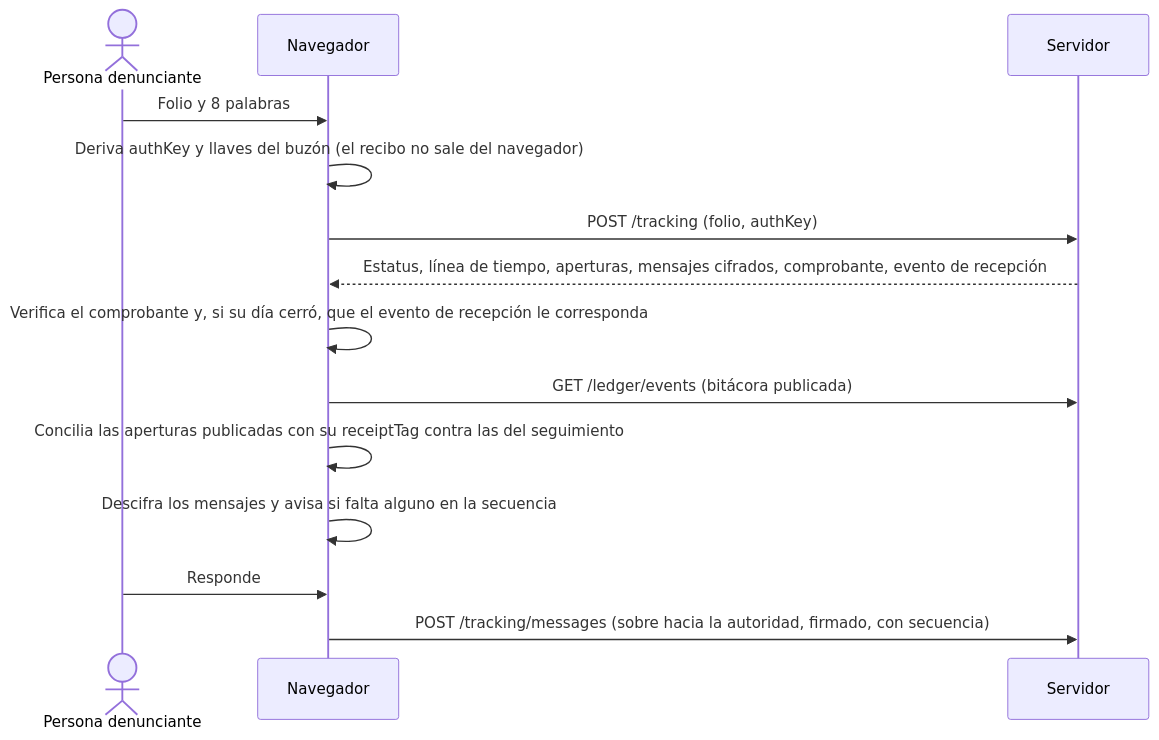
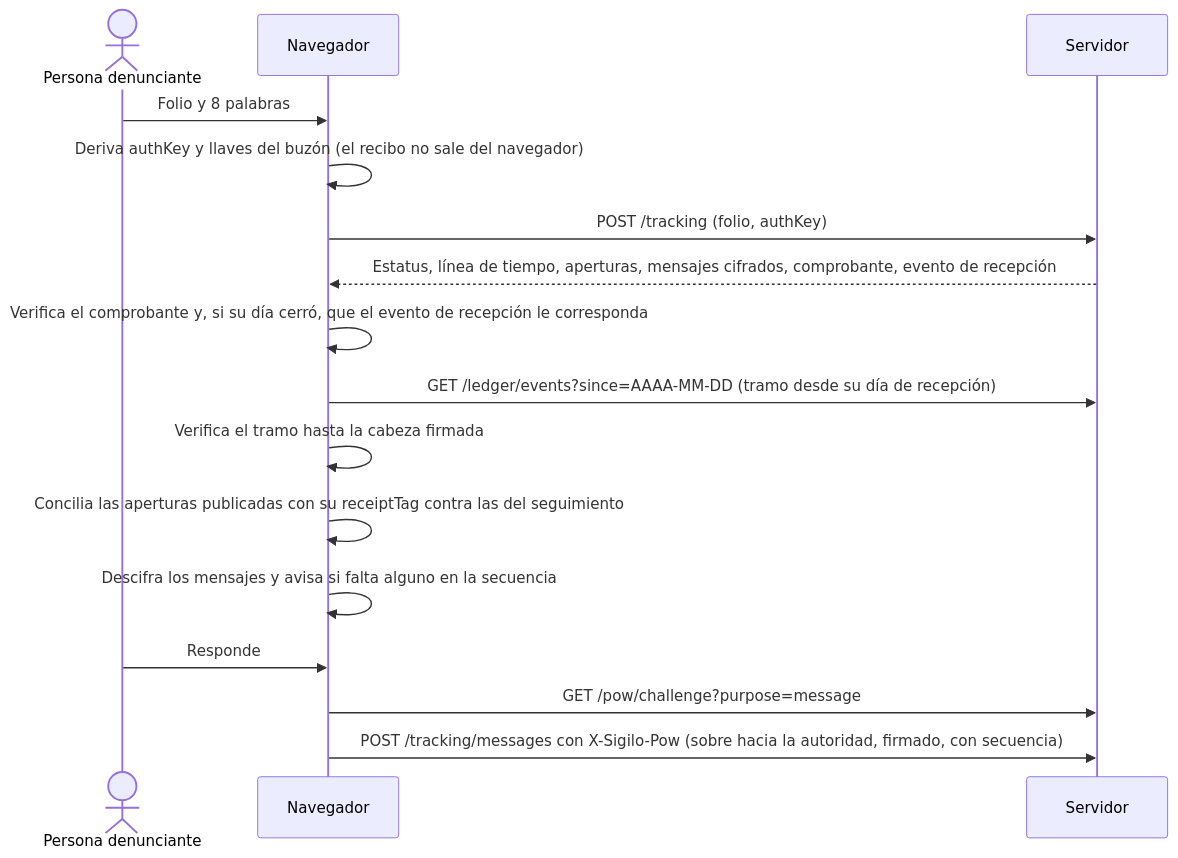
One commit to GuilleOp/sigilo-s5 changed the fourth of 5 diagrams in docs/arquitectura.md. Above: the diagram before and after it, drawn with Mermaid. The commit also changed other lines of this file and 6 other files, not shown here.

````diff
--- a/docs/arquitectura.md
+++ b/docs/arquitectura.md
@@ -113,16 +113,18 @@
 ```mermaid
 sequenceDiagram
   actor D as Persona denunciante
   participant W as Navegador
   participant S as Servidor
   D->>W: Folio y 8 palabras
   W->>W: Deriva authKey y llaves del buzón (el recibo no sale del navegador)
   W->>S: POST /tracking (folio, authKey)
   S-->>W: Estatus, línea de tiempo, aperturas, mensajes cifrados, comprobante, evento de recepción
   W->>W: Verifica el comprobante y, si su día cerró, que el evento de recepción le corresponda
-  W->>S: GET /ledger/events (bitácora publicada)
+  W->>S: GET /ledger/events?since=AAAA-MM-DD (tramo desde su día de recepción)
+  W->>W: Verifica el tramo hasta la cabeza firmada
   W->>W: Concilia las aperturas publicadas con su receiptTag contra las del seguimiento
   W->>W: Descifra los mensajes y avisa si falta alguno en la secuencia
   D->>W: Responde
-  W->>S: POST /tracking/messages (sobre hacia la autoridad, firmado, con secuencia)
+  W->>S: GET /pow/challenge?purpose=message
+  W->>S: POST /tracking/messages con X-Sigilo-Pow (sobre hacia la autoridad, firmado, con secuencia)
 ```
````
